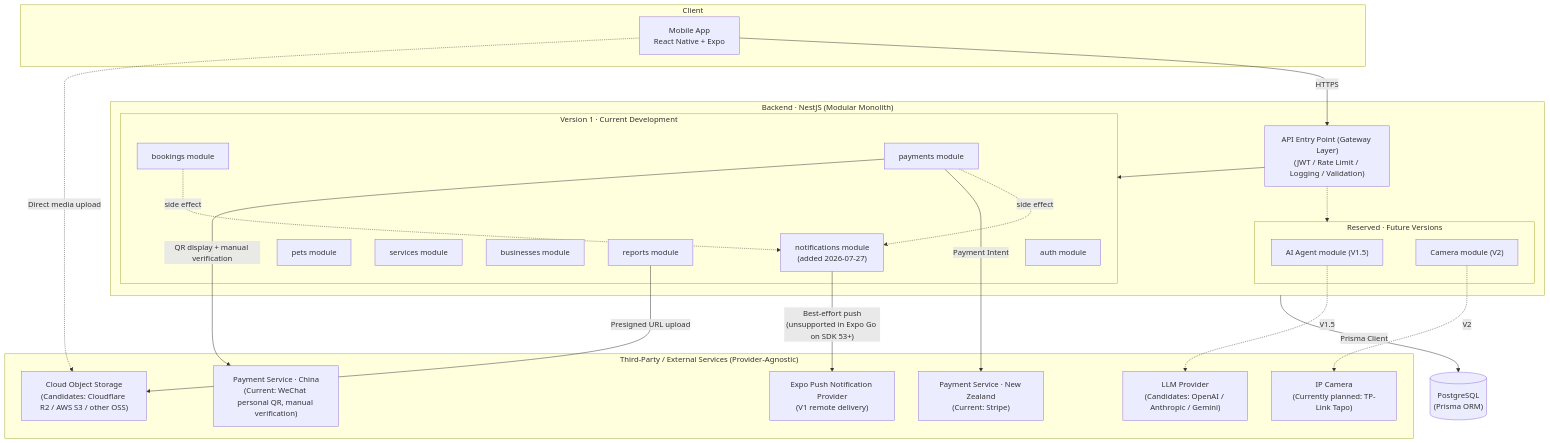
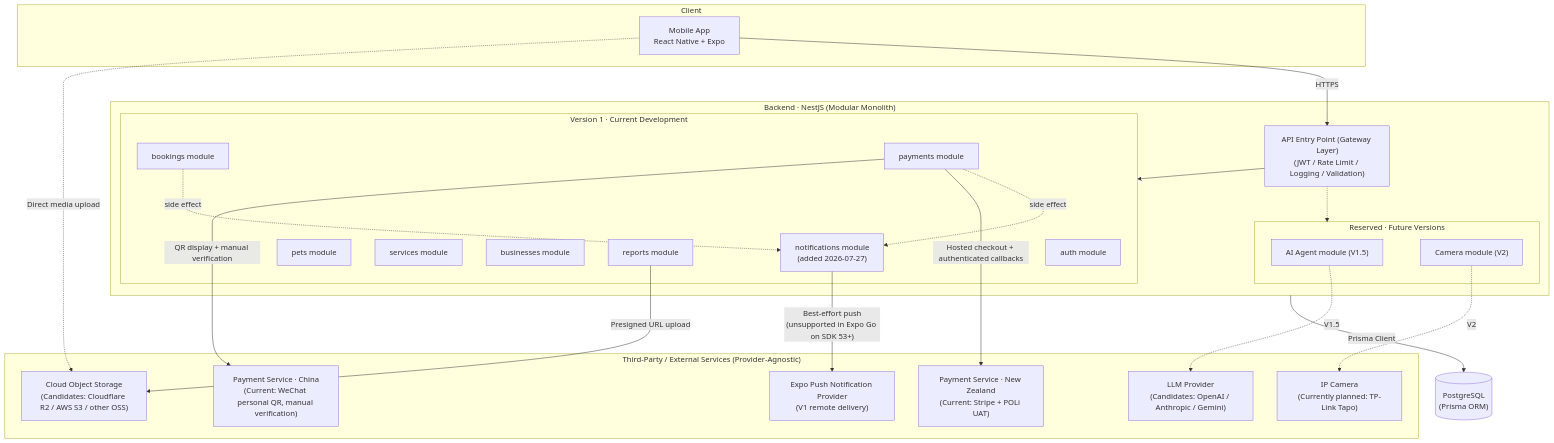
Before and after one commit to xiyunliu610/yt-paws-platform: the first of 7 diagrams in docs/03_System_Architecture.md, drawn with Mermaid. The commit also changed other lines of this file and 21 other files, not shown here.

Commit message:
Implement POLi UAT payment flow

````diff
--- a/docs/03_System_Architecture.md
+++ b/docs/03_System_Architecture.md
@@ -35,50 +35,50 @@
 ```mermaid
 flowchart TB
     subgraph Client["Client"]
         Mobile["Mobile App<br/>React Native + Expo"]
     end
 
     Mobile -- "HTTPS" --> Gateway
 
     subgraph Backend["Backend · NestJS (Modular Monolith)"]
         Gateway["API Entry Point (Gateway Layer)<br/>(JWT / Rate Limit / Logging / Validation)"]
         subgraph V1["Version 1 · Current Development"]
             Auth["auth module"]
             Pets["pets module"]
             Services["services module"]
             Bookings["bookings module"]
             Businesses["businesses module"]
             Payments["payments module"]
             Reports["reports module"]
             Notifications["notifications module<br/>(added 2026-07-27)"]
         end
         subgraph Reserved["Reserved · Future Versions"]
             AIModule["AI Agent module (V1.5)"]
             CameraModule["Camera module (V2)"]
         end
         Gateway --> V1
         Gateway -.-> Reserved
         Bookings -.->|"side effect"| Notifications
         Payments -.->|"side effect"| Notifications
     end
 
     DB[("PostgreSQL<br/>(Prisma ORM)")]
 
     subgraph External["Third-Party / External Services (Provider-Agnostic)"]
-        PaymentNZ["Payment Service · New Zealand<br/>(Current: Stripe)"]
+        PaymentNZ["Payment Service · New Zealand<br/>(Current: Stripe + POLi UAT)"]
         PaymentCN["Payment Service · China<br/>(Current: WeChat personal QR, manual verification)"]
         Storage["Cloud Object Storage<br/>(Candidates: Cloudflare R2 / AWS S3 / other OSS)"]
         Push["Expo Push Notification Provider<br/>(V1 remote delivery)"]
         LLM["LLM Provider<br/>(Candidates: OpenAI / Anthropic / Gemini)"]
         Camera["IP Camera<br/>(Currently planned: TP-Link Tapo)"]
     end
 
     Backend -- "Prisma Client" --> DB
-    Payments -- "Payment Intent" --> PaymentNZ
+    Payments -- "Hosted checkout + authenticated callbacks" --> PaymentNZ
     Payments -- "QR display + manual verification" --> PaymentCN
     Reports -- "Presigned URL upload" --> Storage
     Mobile -. "Direct media upload" .-> Storage
     Notifications -- "Best-effort push<br/>(unsupported in Expo Go on SDK 53+)" --> Push
     AIModule -.->|"V1.5"| LLM
     CameraModule -.->|"V2"| Camera
 ```
````
